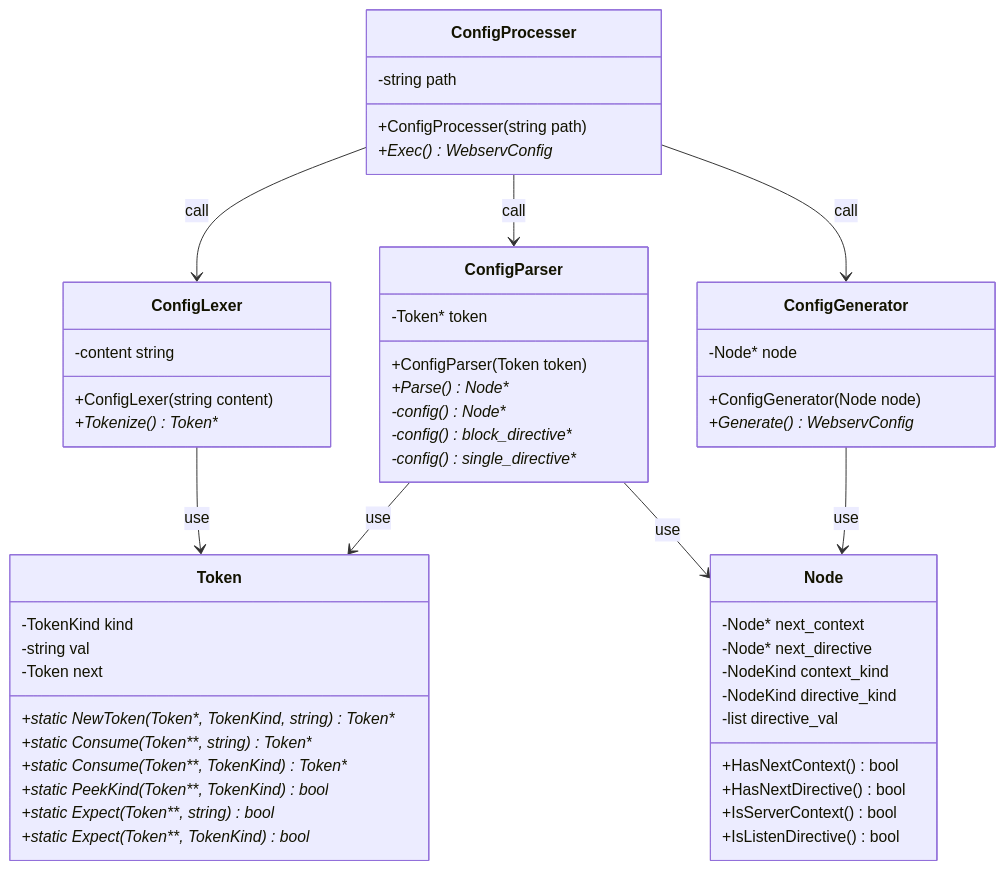
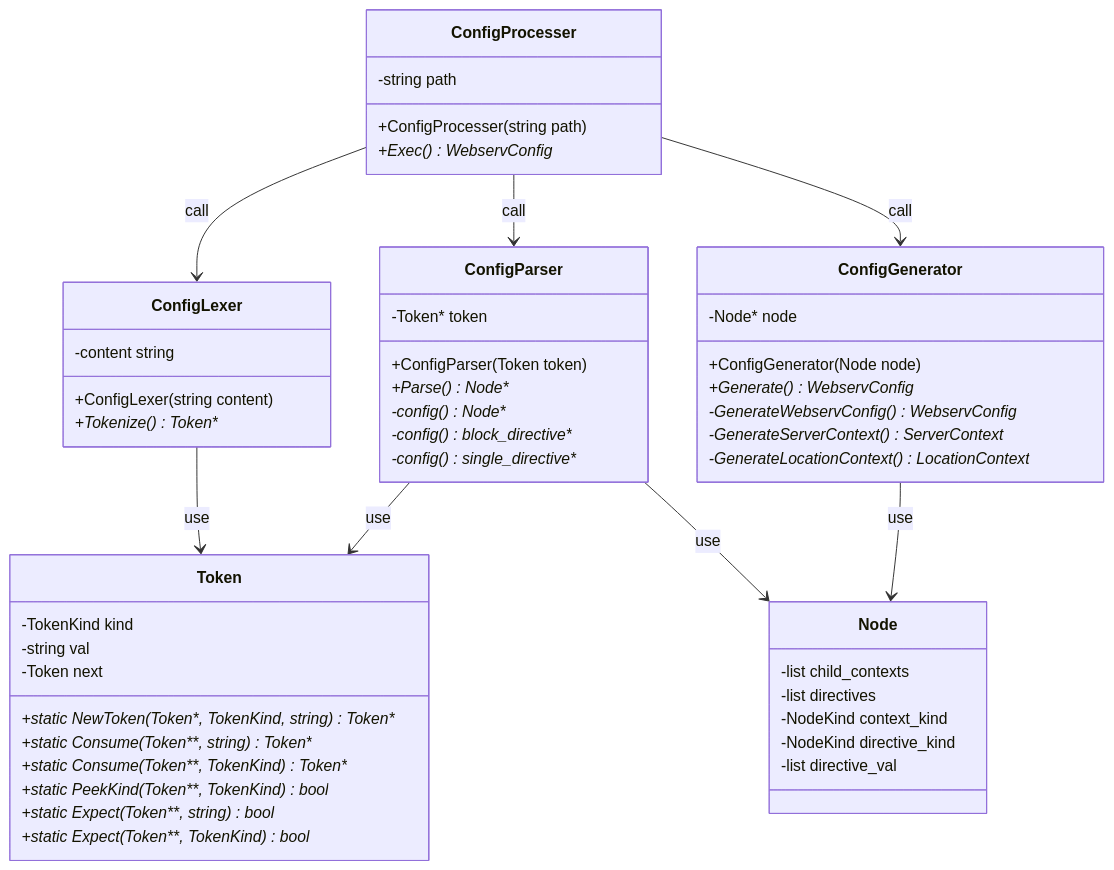
The diagram in docs/class/config_parser_class.md (katataku/webserv), drawn with Mermaid before and after one commit. The commit also changed other lines of this file, not shown here.

````diff
--- a/docs/class/config_parser_class.md
+++ b/docs/class/config_parser_class.md
@@ -1,67 +1,66 @@
 ```mermaid
 classDiagram
     ConfigProcesser --> ConfigLexer : call
     ConfigProcesser --> ConfigParser : call
     ConfigProcesser --> ConfigGenerator : call
     ConfigLexer --> Token : use
     ConfigParser --> Token : use
     ConfigParser --> Node : use
     ConfigGenerator --> Node : use
 
     %% configファイルを解釈してWebservConfigを作成するところまでを担当 %%
     class ConfigProcesser {
       +ConfigProcesser(string path)
       +Exec()* WebservConfig
       -string path
     }
 
     %% configファイルの内容を字句解析するところまでを担当 %%
     class ConfigLexer {
       +ConfigLexer(string content)
       +Tokenize()* Token*
       -content string
     }
 
     %% 軸解析後のトークンを構文解析するところまでを担当 %%
     class ConfigParser {
       +ConfigParser(Token token)
       +Parse()* Node*
       -config()* Node*
       -config()* block_directive*
       -config()* single_directive*
       -Token* token
     }
 
     %% 構文解析後のノードを元にWebservConfigを作成するところまでを担当 %%
     class ConfigGenerator {
       +ConfigGenerator(Node node)
       +Generate()* WebservConfig
+      -GenerateWebservConfig()* WebservConfig
+      -GenerateServerContext()* ServerContext
+      -GenerateLocationContext()* LocationContext
       -Node* node
     }
 
     %% 字句解析後のトークンを表すクラス %%
     class Token {
         +static NewToken(Token*, TokenKind, string)* Token*
         +static Consume(Token**, string)* Token*
         +static Consume(Token**, TokenKind)* Token*
         +static PeekKind(Token**, TokenKind)* bool
         +static Expect(Token**, string)* bool
         +static Expect(Token**, TokenKind)* bool
         -TokenKind kind
         -string val
         -Token next
     }
 
     %% 構文解析後のノードを表すクラス %%
     class Node {
-      +HasNextContext() bool
-      +HasNextDirective() bool
-      +IsServerContext() bool
-      +IsListenDirective() bool
-      -Node* next_context
-      -Node* next_directive
-      -NodeKind context_kind
-      -NodeKind directive_kind
+      -list<Node>   child_contexts
+      -list<Node>   directives
+      -NodeKind     context_kind
+      -NodeKind     directive_kind
       -list<string> directive_val
     }
 ```
````
